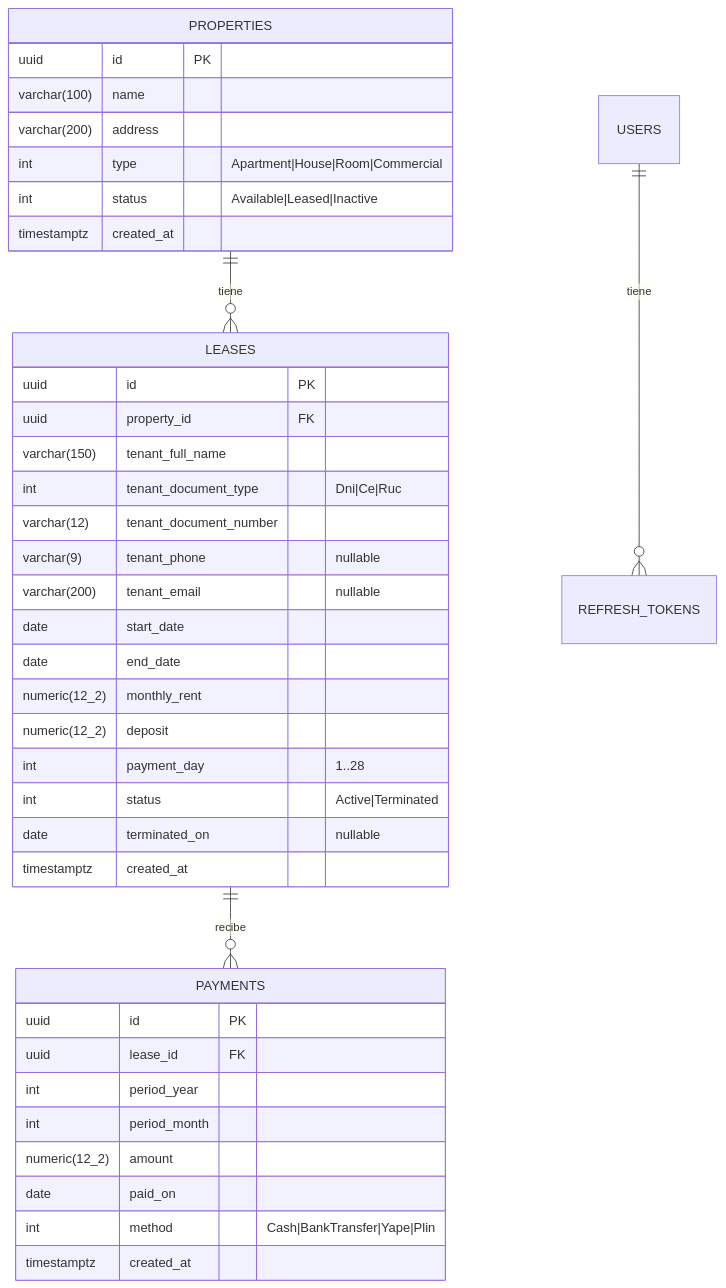
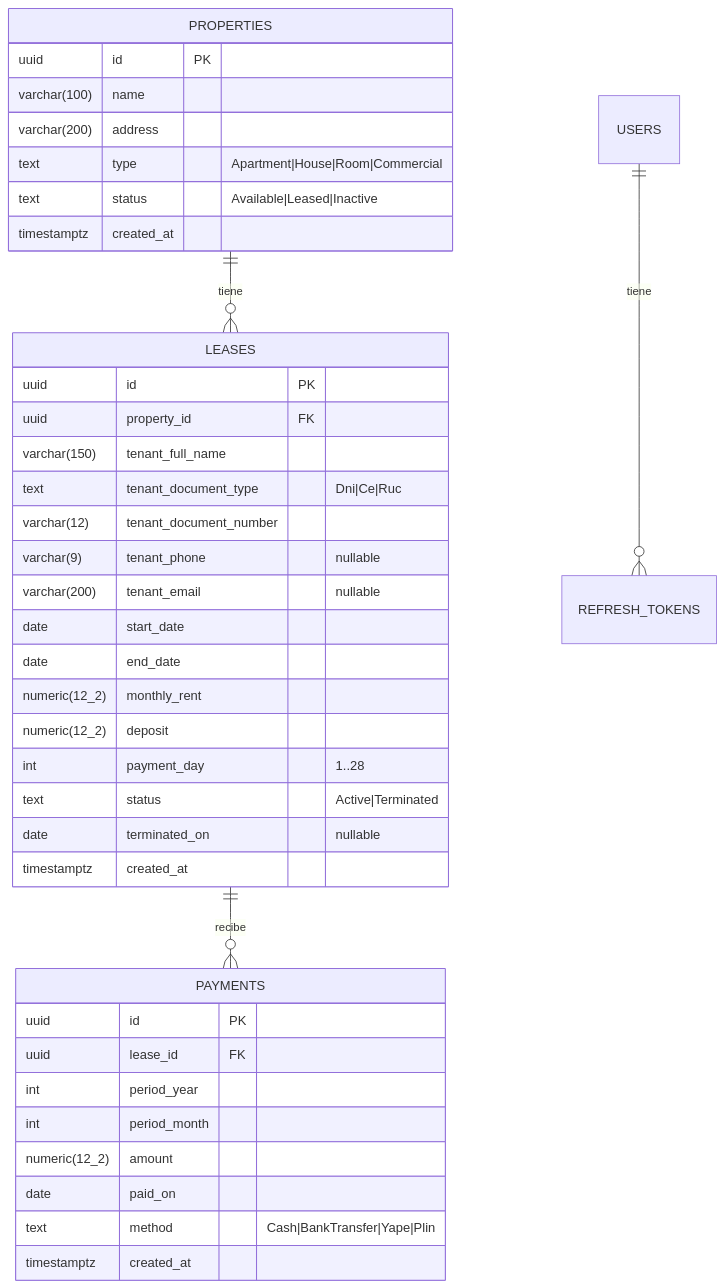
The diagram in specs/technical/01-modelo-de-datos.md (Lux1L/agentic-sd-proyecto-final), drawn with Mermaid before and after one commit. The commit also changed other lines of this file and 5 other files, not shown here.

````diff
--- a/specs/technical/01-modelo-de-datos.md
+++ b/specs/technical/01-modelo-de-datos.md
@@ -5,42 +5,42 @@
 ```mermaid
 erDiagram
     PROPERTIES ||--o{ LEASES : "tiene"
     LEASES ||--o{ PAYMENTS : "recibe"
     USERS ||--o{ REFRESH_TOKENS : "tiene"
 
     PROPERTIES {
         uuid id PK
         varchar(100) name
         varchar(200) address
-        int type "Apartment|House|Room|Commercial"
-        int status "Available|Leased|Inactive"
+        text type "Apartment|House|Room|Commercial"
+        text status "Available|Leased|Inactive"
         timestamptz created_at
     }
     LEASES {
         uuid id PK
         uuid property_id FK
         varchar(150) tenant_full_name
-        int tenant_document_type "Dni|Ce|Ruc"
+        text tenant_document_type "Dni|Ce|Ruc"
         varchar(12) tenant_document_number
         varchar(9) tenant_phone "nullable"
         varchar(200) tenant_email "nullable"
         date start_date
         date end_date
         numeric(12_2) monthly_rent
         numeric(12_2) deposit
         int payment_day "1..28"
-        int status "Active|Terminated"
+        text status "Active|Terminated"
         date terminated_on "nullable"
         timestamptz created_at
     }
     PAYMENTS {
         uuid id PK
         uuid lease_id FK
         int period_year
         int period_month
         numeric(12_2) amount
         date paid_on
-        int method "Cash|BankTransfer|Yape|Plin"
+        text method "Cash|BankTransfer|Yape|Plin"
         timestamptz created_at
     }
 ```
````
